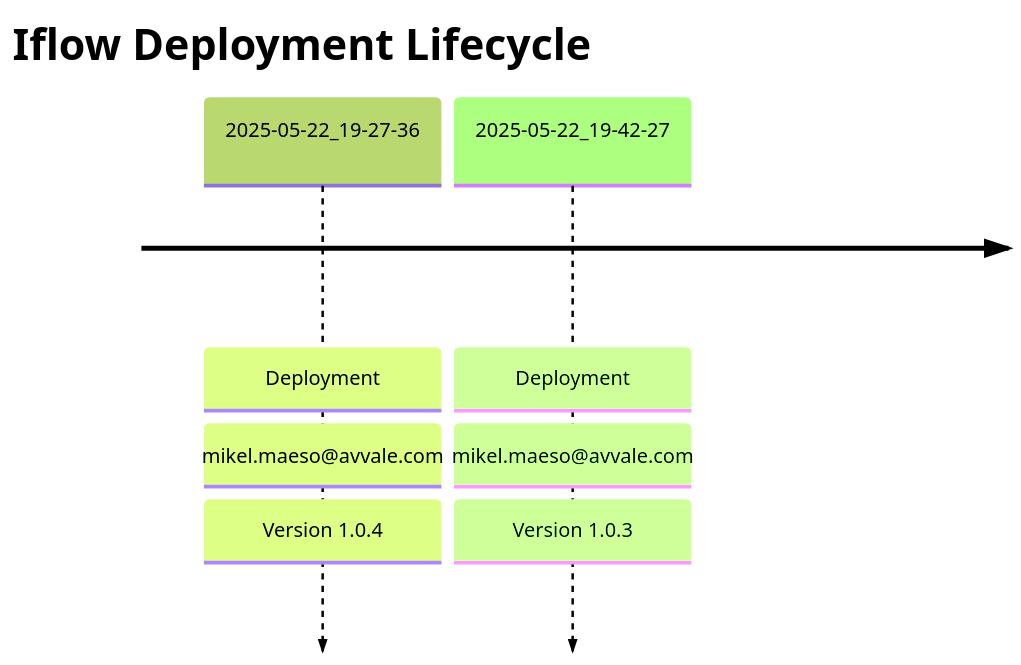
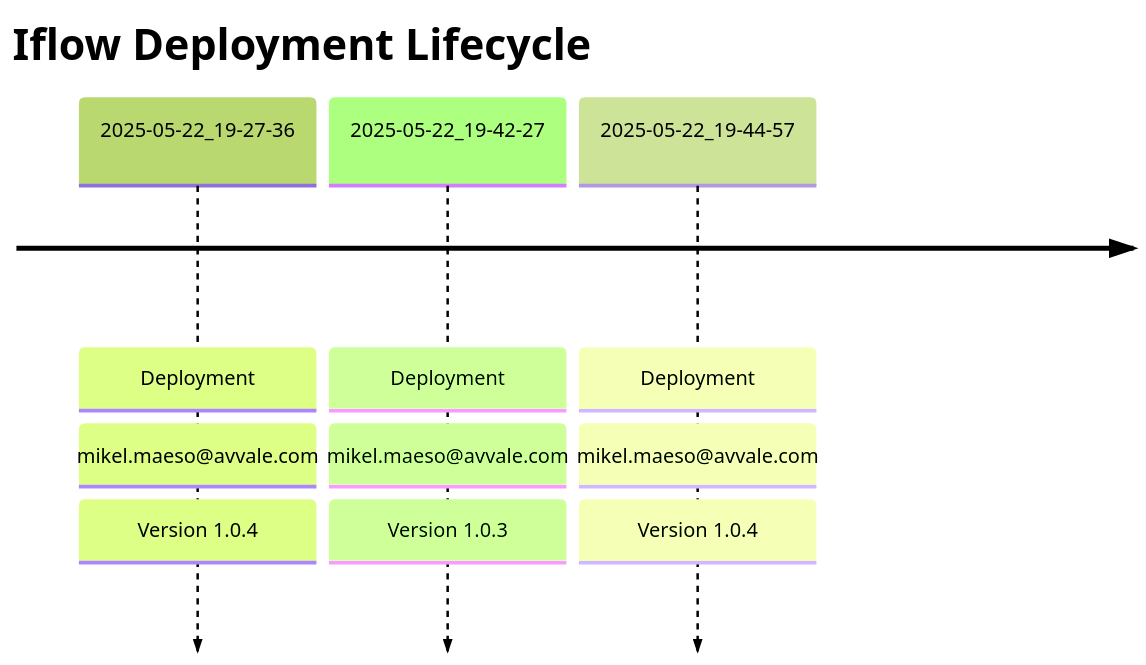
Before and after one commit to Avvale-IA-CICD/AvvaleCPI: the diagram in MMZ - Cell Iflows/Check_Connectivity_from_SAP_Business_Suite_MMZ/README.md, drawn with Mermaid.

Commit message:
docs: Update master README for MMZ - Cell Iflows/Check_Connectivity_from_SAP_Business_Suite_MMZ (v 1.0.4)

````diff
--- a/MMZ - Cell Iflows/Check_Connectivity_from_SAP_Business_Suite_MMZ/README.md
+++ b/MMZ - Cell Iflows/Check_Connectivity_from_SAP_Business_Suite_MMZ/README.md
@@ -7,7 +7,8 @@
 ```mermaid
 %%{init: { 'logLevel': 'debug', 'theme': 'forest' } }%%
 timeline
     title Iflow Deployment Lifecycle
     2025-05-22_19-27-36 : Deployment : mikel.maeso@avvale.com : Version 1.0.4
     2025-05-22_19-42-27 : Deployment : mikel.maeso@avvale.com : Version 1.0.3
+    2025-05-22_19-44-57 : Deployment : mikel.maeso@avvale.com : Version 1.0.4
 ```
````
